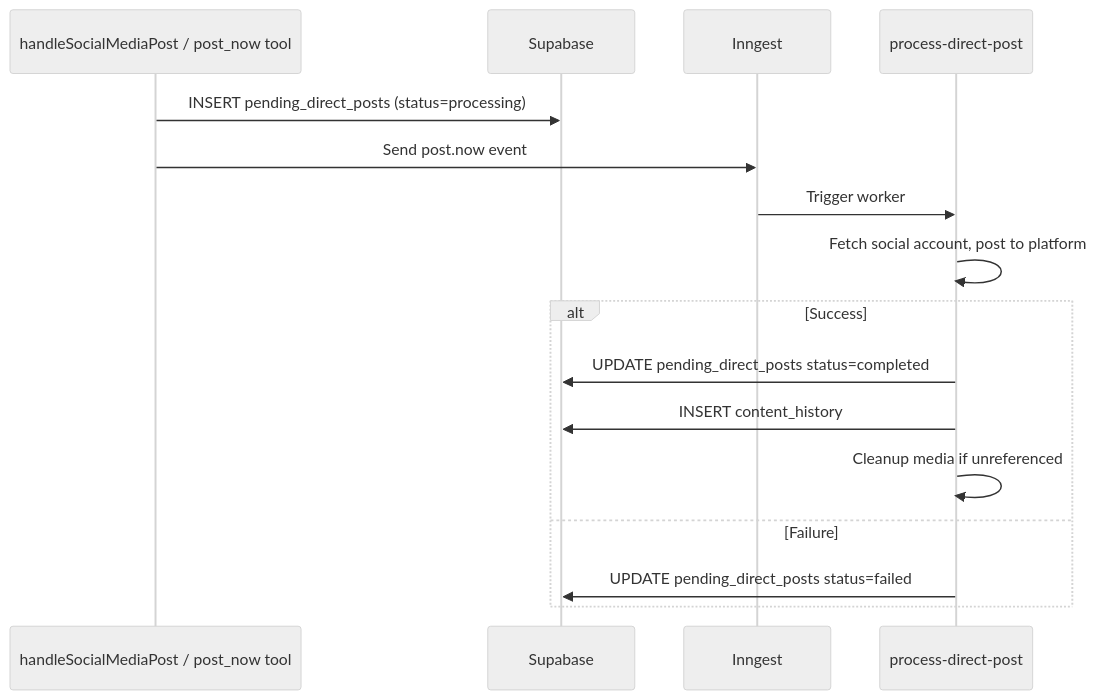
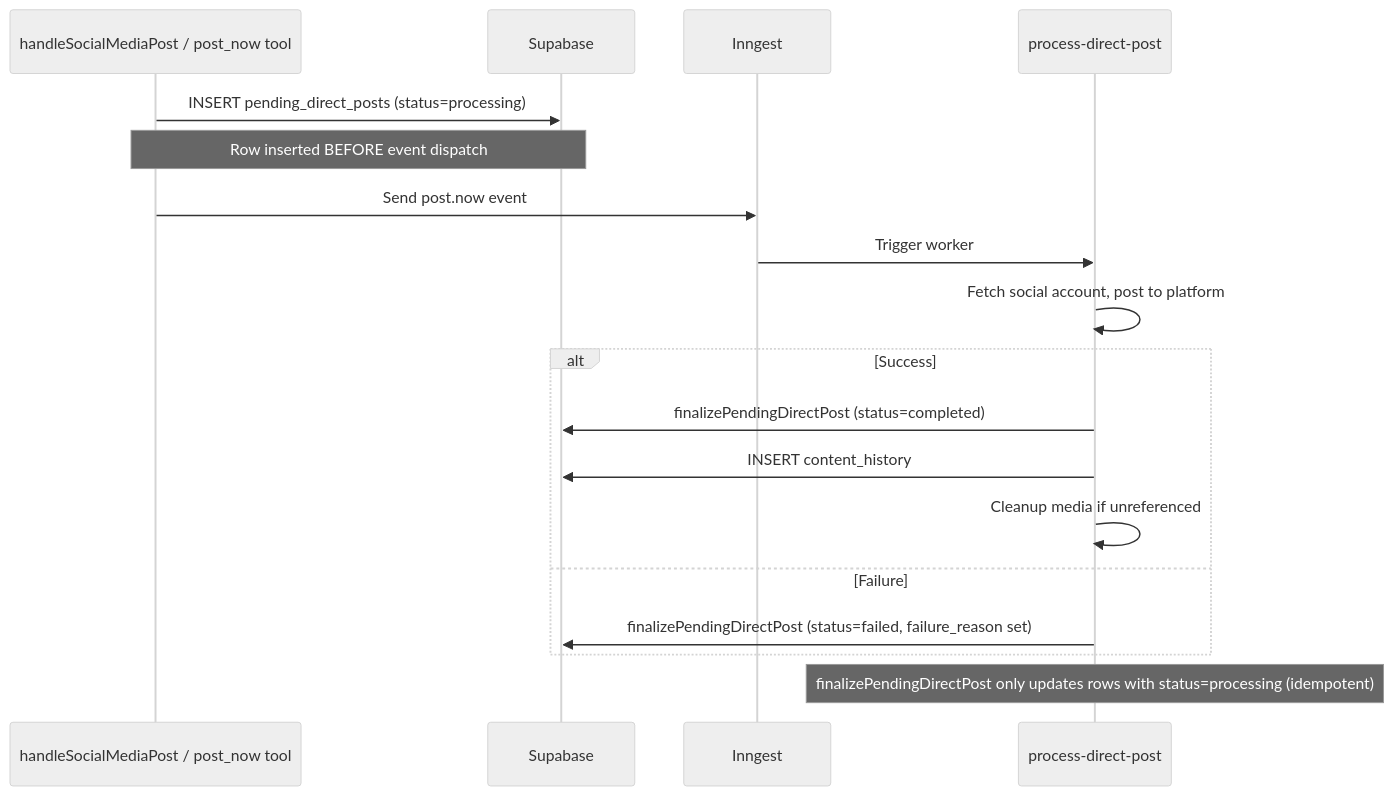
One commit to Andy00L/sharetopus changed the third of 4 diagrams in docs/SCHEDULING.md. Above: the diagram before and after it, drawn with Mermaid (neutral theme). The commit also changed other lines of this file and 23 other files, not shown here.

````diff
--- a/docs/SCHEDULING.md
+++ b/docs/SCHEDULING.md
@@ -88,19 +108,21 @@
 ```mermaid
 sequenceDiagram
     participant Handler as handleSocialMediaPost / post_now tool
     participant DB as Supabase
     participant Inngest as Inngest
     participant Worker as process-direct-post
 
     Handler->>DB: INSERT pending_direct_posts (status=processing)
+    Note over Handler,DB: Row inserted BEFORE event dispatch
     Handler->>Inngest: Send post.now event
     Inngest->>Worker: Trigger worker
     Worker->>Worker: Fetch social account, post to platform
     alt Success
-        Worker->>DB: UPDATE pending_direct_posts status=completed
+        Worker->>DB: finalizePendingDirectPost (status=completed)
         Worker->>DB: INSERT content_history
         Worker->>Worker: Cleanup media if unreferenced
     else Failure
-        Worker->>DB: UPDATE pending_direct_posts status=failed
+        Worker->>DB: finalizePendingDirectPost (status=failed, failure_reason set)
     end
+    Note over Worker: finalizePendingDirectPost only updates rows with status=processing (idempotent)
 ```
````
